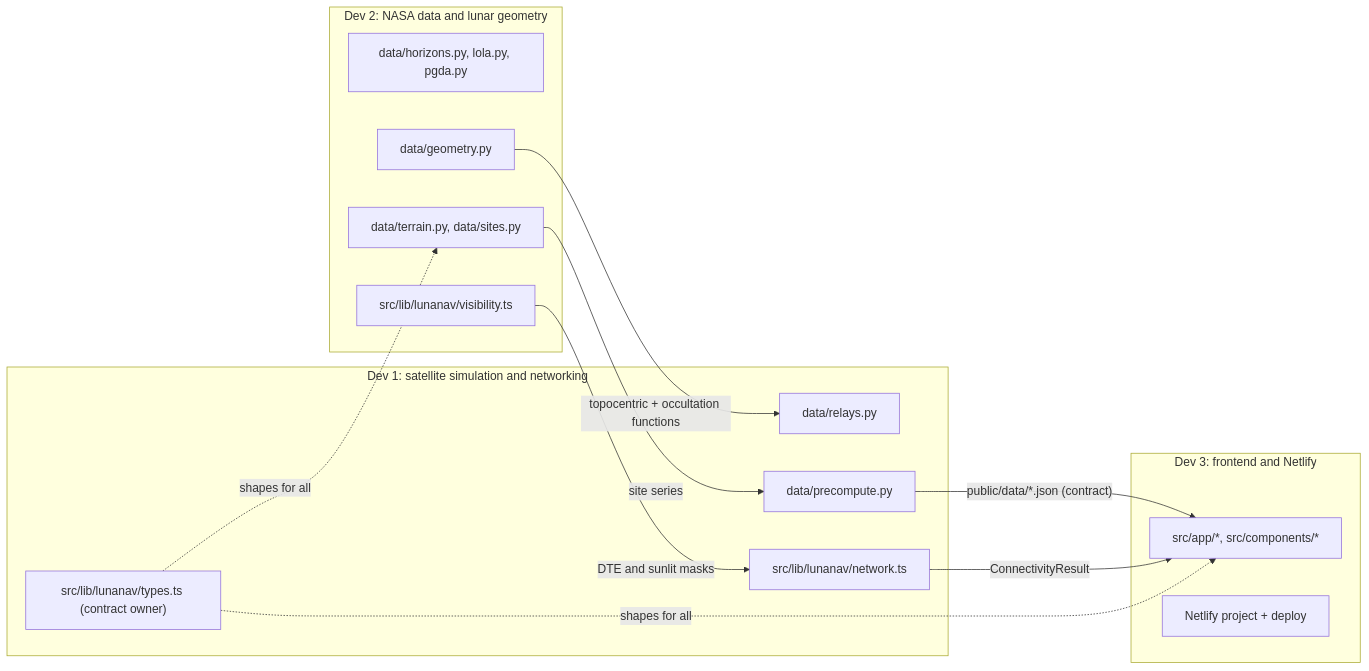
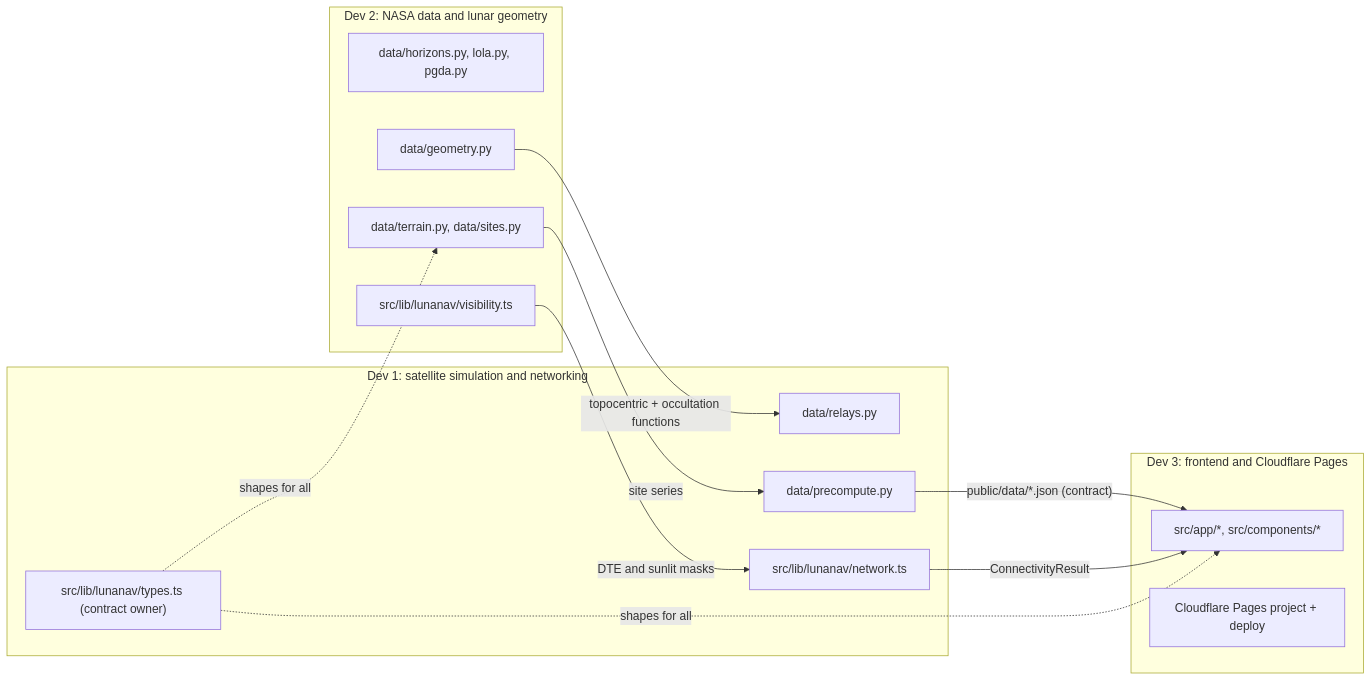
One commit to Vathys/space-apps-2026 changed the sixth of 7 diagrams in docs/architecture.md. Above: the diagram before and after it, drawn with Mermaid. The commit also changed other lines of this file and 12 other files, not shown here.

First line of the commit message:
chore: move hosting to Cloudflare Pages (#74)

````diff
--- a/docs/architecture.md
+++ b/docs/architecture.md
@@ -154,26 +154,26 @@
 ```mermaid
 flowchart LR
   subgraph D2["Dev 2: NASA data and lunar geometry"]
     G1["data/horizons.py, lola.py, pgda.py"]
     G2["data/terrain.py, data/sites.py"]
     G3["data/geometry.py"]
     G4["src/lib/lunanav/visibility.ts"]
   end
   subgraph D1["Dev 1: satellite simulation and networking"]
     N1["data/relays.py"]
     N2["data/precompute.py"]
     N3["src/lib/lunanav/network.ts"]
     N0["src/lib/lunanav/types.ts (contract owner)"]
   end
-  subgraph D3["Dev 3: frontend and Netlify"]
+  subgraph D3["Dev 3: frontend and Cloudflare Pages"]
     F1["src/app/*, src/components/*"]
-    F2["Netlify project + deploy"]
+    F2["Cloudflare Pages project + deploy"]
   end
   G2 -->|"site series"| N2
   G3 -->|"topocentric + occultation functions"| N1
   N2 -->|"public/data/*.json (contract)"| F1
   G4 -->|"DTE and sunlit masks"| N3
   N3 -->|"ConnectivityResult"| F1
   N0 -.->|"shapes for all"| G2
   N0 -.->|"shapes for all"| F1
 ```
````
